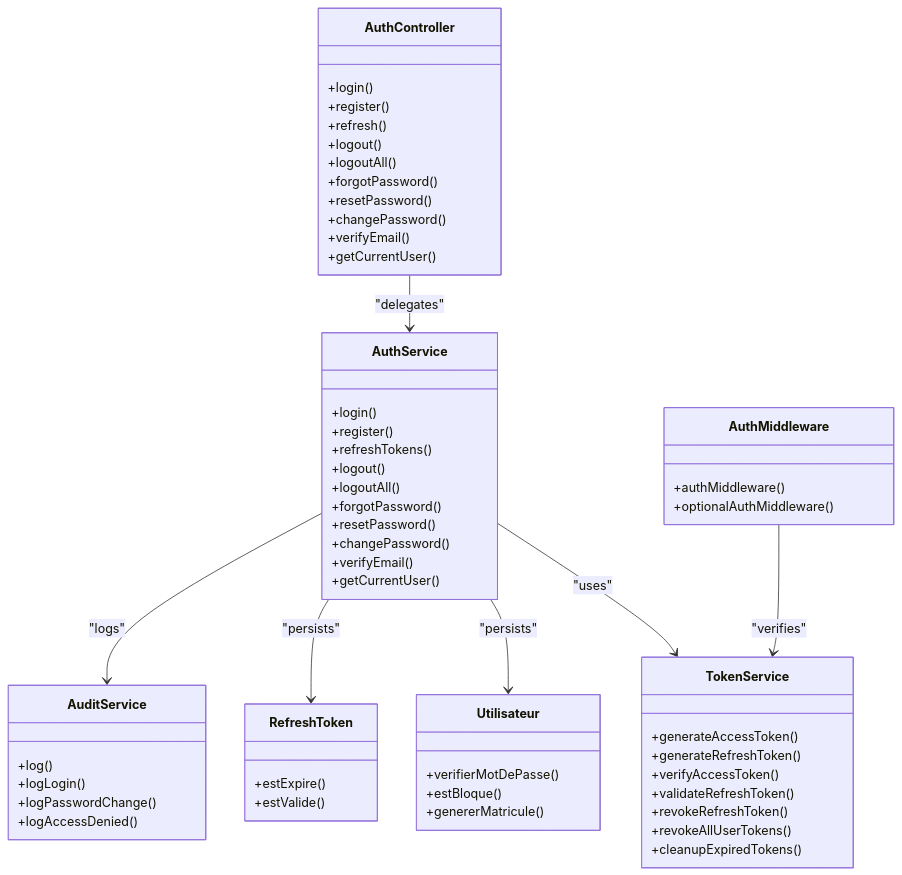
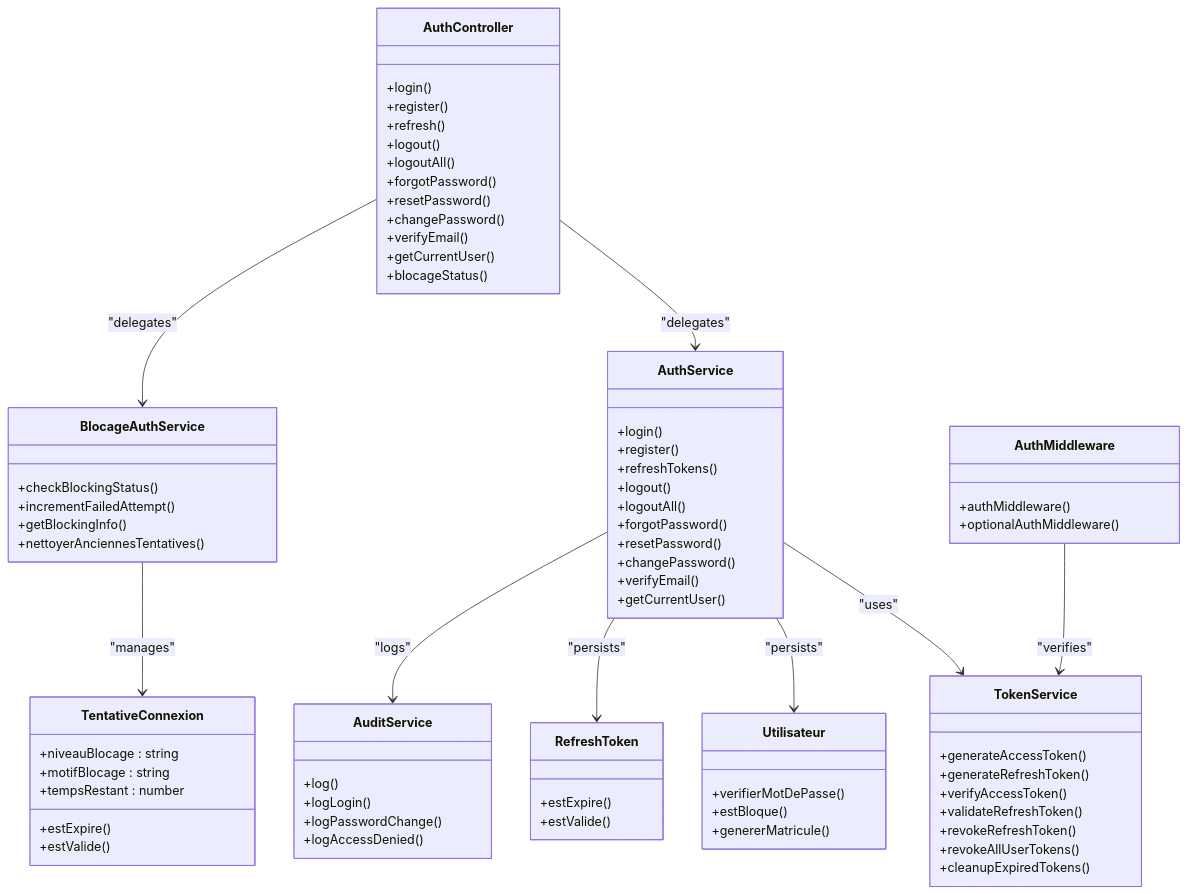
The third of 3 diagrams in .qoder/repowiki/en/content/Backend API Documentation/Authentication API.md (franckylab/eLISAschool), drawn with Mermaid before and after one commit. The commit also changed other lines of this file and 66 other files, not shown here.

First line of the commit message:
feat(auth): intégrer système de blocage à deux niveaux et suivi en temps réel

````diff
--- a/.qoder/repowiki/en/content/Backend API Documentation/Authentication API.md
+++ b/.qoder/repowiki/en/content/Backend API Documentation/Authentication API.md
@@ -404,61 +507,77 @@
 ```mermaid
 classDiagram
 class AuthController {
 +login()
 +register()
 +refresh()
 +logout()
 +logoutAll()
 +forgotPassword()
 +resetPassword()
 +changePassword()
 +verifyEmail()
 +getCurrentUser()
++blocageStatus()
 }
 class AuthService {
 +login()
 +register()
 +refreshTokens()
 +logout()
 +logoutAll()
 +forgotPassword()
 +resetPassword()
 +changePassword()
 +verifyEmail()
 +getCurrentUser()
+}
+class BlocageAuthService {
++checkBlockingStatus()
++incrementFailedAttempt()
++getBlockingInfo()
++nettoyerAnciennesTentatives()
 }
 class TokenService {
 +generateAccessToken()
 +generateRefreshToken()
 +verifyAccessToken()
 +validateRefreshToken()
 +revokeRefreshToken()
 +revokeAllUserTokens()
 +cleanupExpiredTokens()
 }
 class AuthMiddleware {
 +authMiddleware()
 +optionalAuthMiddleware()
 }
 class Utilisateur {
 +verifierMotDePasse()
 +estBloque()
 +genererMatricule()
 }
 class RefreshToken {
 +estExpire()
 +estValide()
 }
+class TentativeConnexion {
++estExpire()
++estValide()
++niveauBlocage : string
++motifBlocage : string
++tempsRestant : number
+}
 class AuditService {
 +log()
 +logLogin()
 +logPasswordChange()
 +logAccessDenied()
 }
 AuthController --> AuthService : "delegates"
+AuthController --> BlocageAuthService : "delegates"
 AuthService --> TokenService : "uses"
 AuthService --> Utilisateur : "persists"
 AuthService --> RefreshToken : "persists"
+BlocageAuthService --> TentativeConnexion : "manages"
 AuthService --> AuditService : "logs"
 AuthMiddleware --> TokenService : "verifies"
 ```
````
